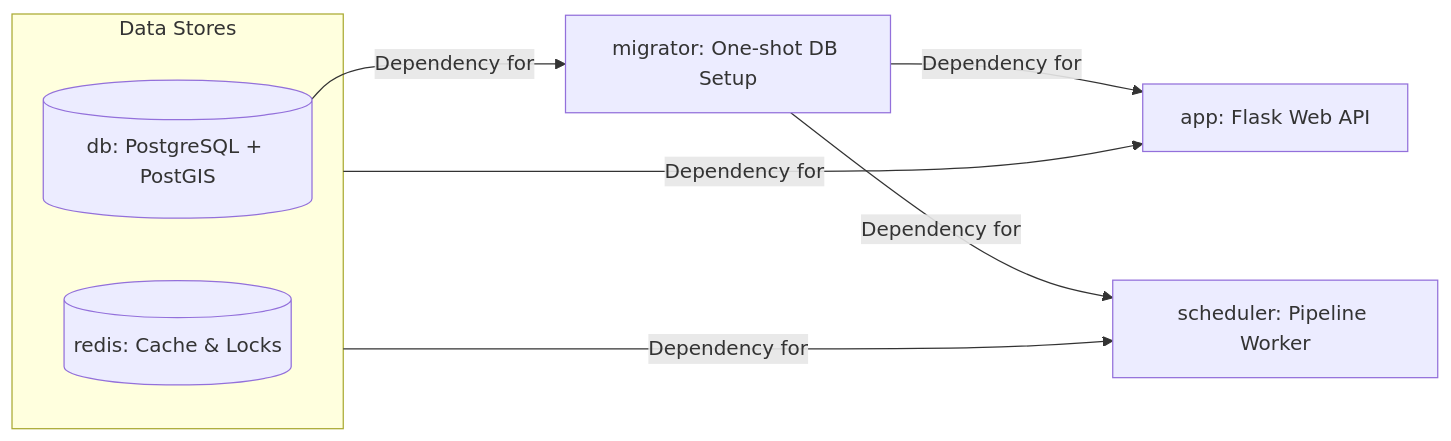
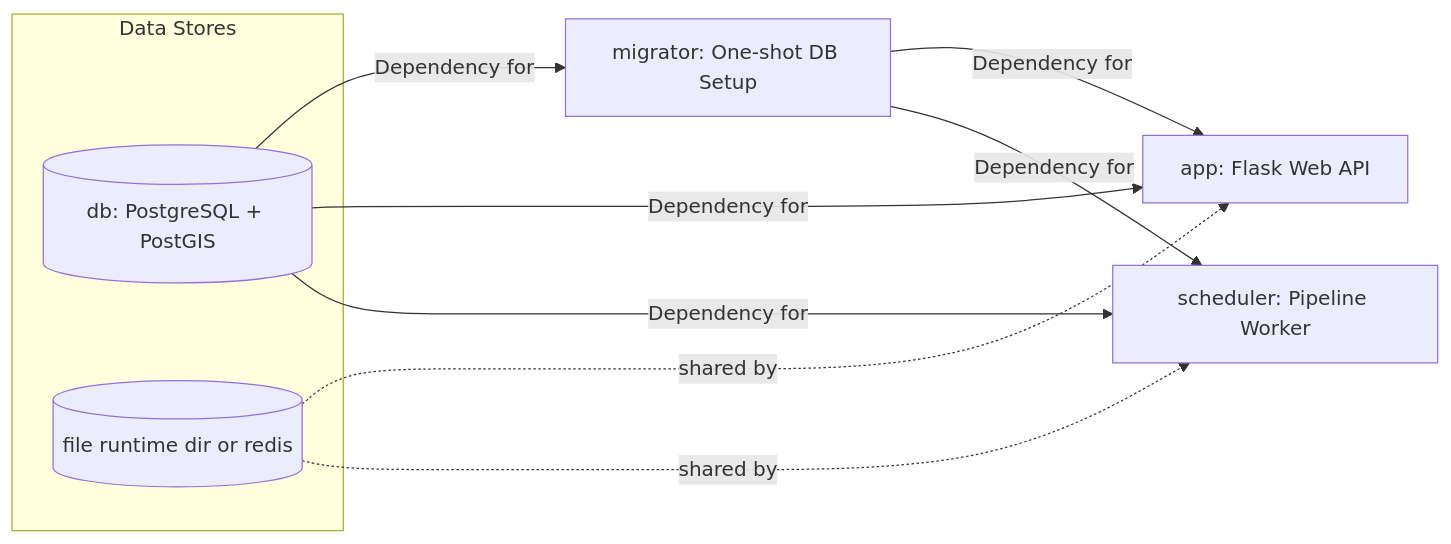
The diagram in documentation/6. System Architecture.md (openTdataCH/stop_sync_osm_atlas), drawn with Mermaid before and after one commit. The commit also changed other lines of this file and 20 other files, not shown here.

````diff
--- a/documentation/6. System Architecture.md
+++ b/documentation/6. System Architecture.md
@@ -9,18 +9,20 @@
 ```mermaid
 flowchart LR
     subgraph DS [Data Stores]
         DB[(db: PostgreSQL + PostGIS)]
-        Redis[(redis: Cache & Locks)]
+        State[(file runtime dir or redis)]
     end
 
     Migrator[migrator: One-shot DB Setup]
     App[app: Flask Web API]
     Scheduler[scheduler: Pipeline Worker]
 
     DB -->|Dependency for| Migrator
-    DS -->|Dependency for| App
-    DS -->|Dependency for| Scheduler
+    DB -->|Dependency for| App
+    DB -->|Dependency for| Scheduler
+    State -. shared by .-> App
+    State -. shared by .-> Scheduler
 
     Migrator -->|Dependency for| App
     Migrator -->|Dependency for| Scheduler
 ```
````
